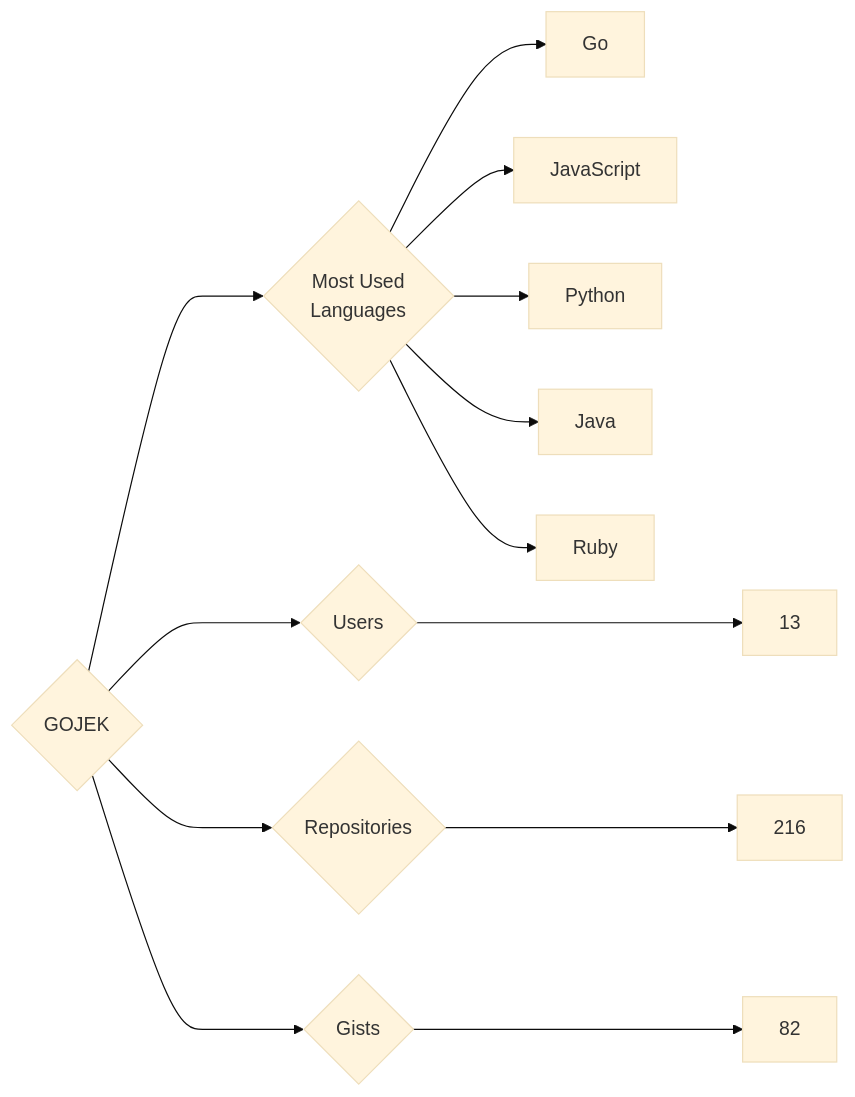
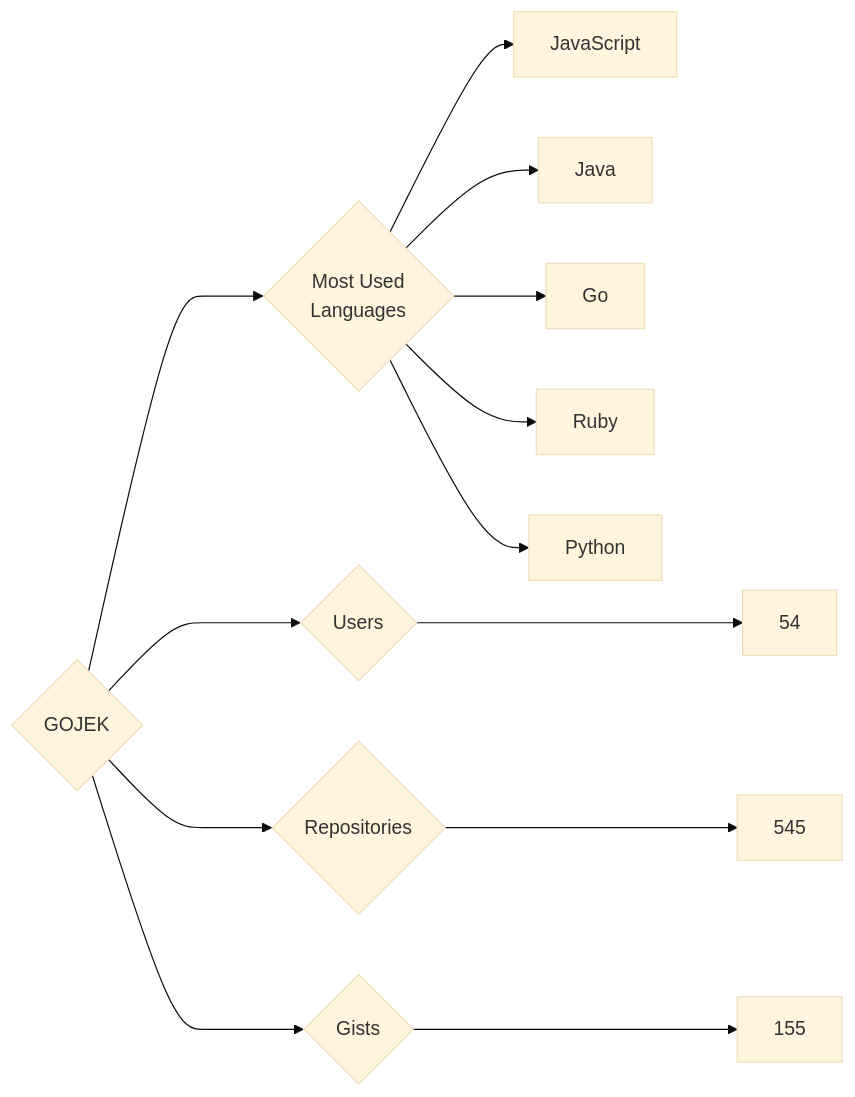
Before and after one commit to trickest/insiders: the diagram in targets/GOJEK/README.md, drawn with Mermaid (base theme). The commit also changed 786 other files, not shown here.

````diff
--- a/targets/GOJEK/README.md
+++ b/targets/GOJEK/README.md
@@ -3,13 +3,13 @@
 ```mermaid
 graph LR
 COMPANY_NAME{GOJEK}
-COMPANY_NAME ---> U{Users} ---> UN[13]
-COMPANY_NAME ---> R{Repositories} ---> RN[216]
-COMPANY_NAME ---> G{Gists} ---> GN[82]
+COMPANY_NAME ---> U{Users} ---> UN[54]
+COMPANY_NAME ---> R{Repositories} ---> RN[545]
+COMPANY_NAME ---> G{Gists} ---> GN[155]
 COMPANY_NAME ---> ML{Most Used<br>Languages}
+ML --> JavaScript[JavaScript]
+ML --> Java[Java]
 ML --> Go[Go]
-ML --> JavaScript[JavaScript]
+ML --> Ruby[Ruby]
 ML --> Python[Python]
-ML --> Java[Java]
-ML --> Ruby[Ruby]
 ```
````
